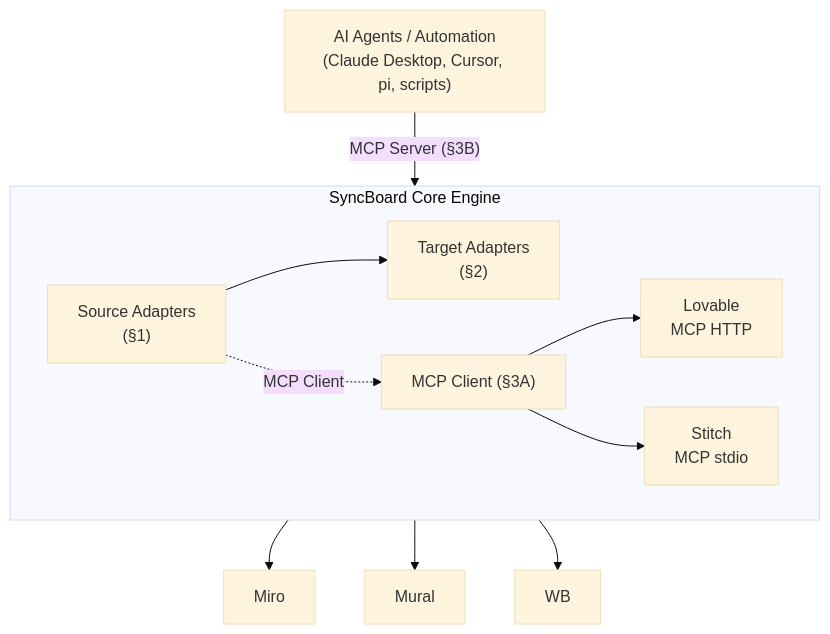
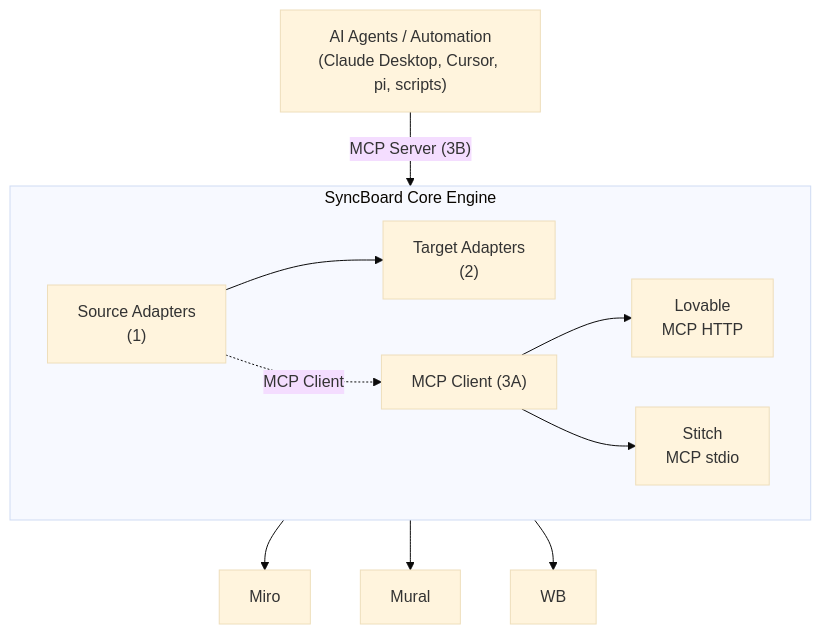
One commit to luismichio/syncboard changed the first of 13 diagrams in doc/architecture.md. Above: the diagram before and after it, drawn with Mermaid (base theme). The commit also changed other lines of this file and 3 other files, not shown here.

````diff
--- a/doc/architecture.md
+++ b/doc/architecture.md
@@ -72,20 +69,20 @@
 ```mermaid
 graph TD
-    agents["AI Agents / Automation<br/>(Claude Desktop, Cursor, pi, scripts)"]
-    subgraph engine["SyncBoard Core Engine"]
-        direction LR
-        sa["Source Adapters<br/>(§1)"]
-        ta["Target Adapters<br/>(§2)"]
-        mcp["MCP Client (§3A)"]
-        lovable["Lovable<br/>MCP HTTP"]
-        stitch["Stitch<br/>MCP stdio"]
-        sa --> ta
-        sa -.->|MCP Client| mcp
-        mcp --> lovable
-        mcp --> stitch
-    end
-    ta --> miro["Miro"]
-    ta --> mural["Mural"]
-    ta --> wb["WB"]
-    agents -->|"MCP Server (§3B)"| engine
+ agents["AI Agents / Automation<br/>(Claude Desktop, Cursor, pi, scripts)"]
+ subgraph engine["SyncBoard Core Engine"]
+ direction LR
+ sa["Source Adapters<br/>(1)"]
+ ta["Target Adapters<br/>(2)"]
+ mcp["MCP Client (3A)"]
+ lovable["Lovable<br/>MCP HTTP"]
+ stitch["Stitch<br/>MCP stdio"]
+ sa --> ta
+ sa -.->|MCP Client| mcp
+ mcp --> lovable
+ mcp --> stitch
+ end
+ ta --> miro["Miro"]
+ ta --> mural["Mural"]
+ ta --> wb["WB"]
+ agents -->|"MCP Server (3B)"| engine
 ```
````
